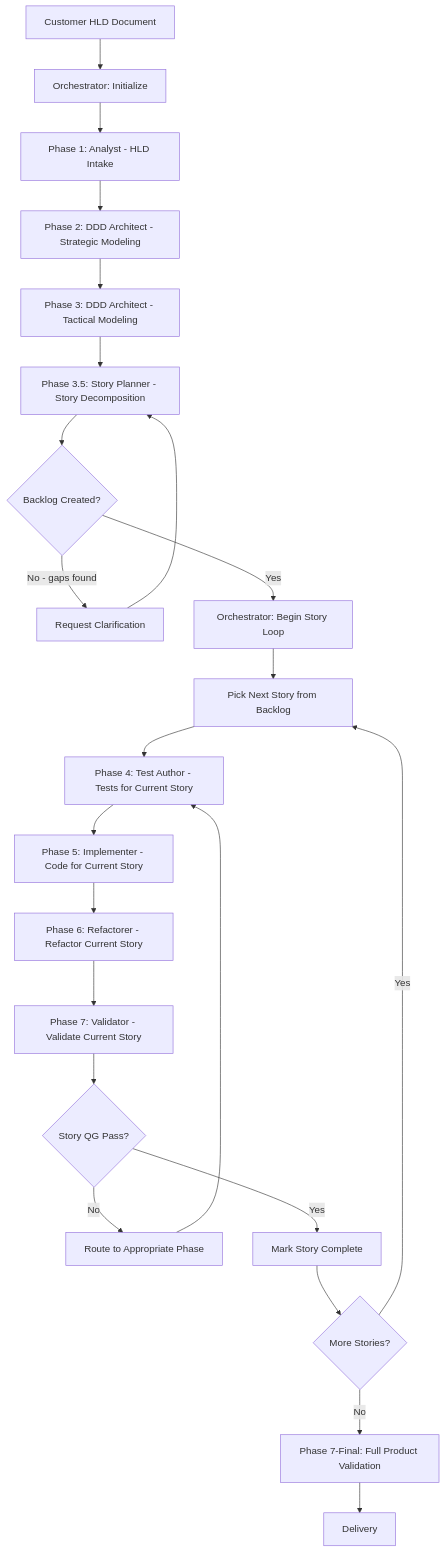
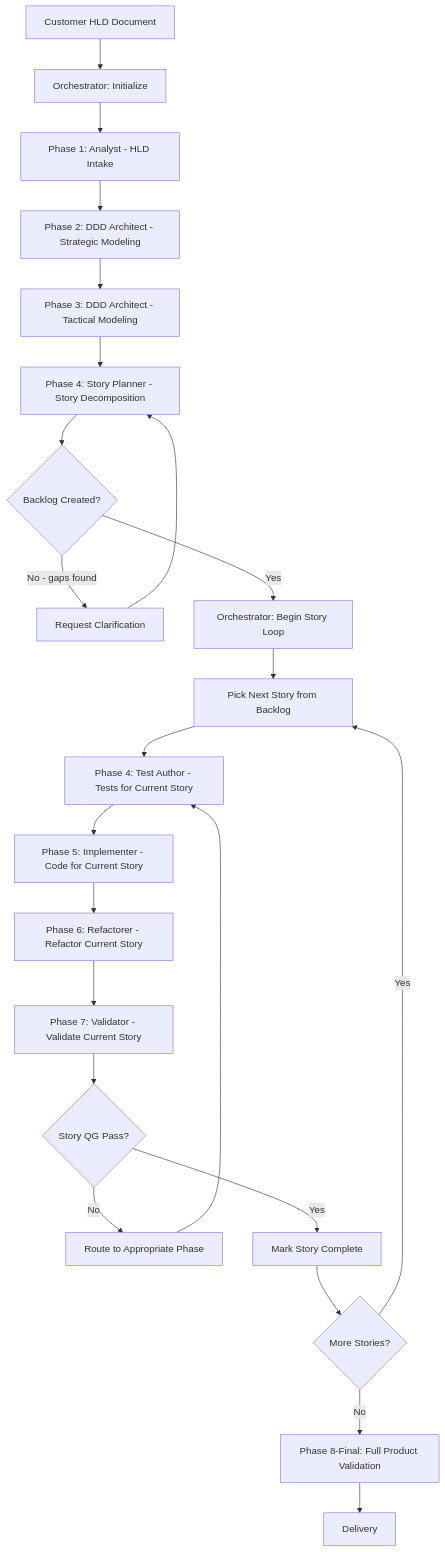
One commit to Yarovinsky/Templates changed the first of 2 diagrams in plans/story-planner-skill-plan.md. Above: the diagram before and after it, drawn with Mermaid. The commit also changed other lines of this file and 17 other files, not shown here.

First line of the commit message:
refactor: Update framework to replace Phase 3.5 with Phase 4 for story decomposition

````diff
--- a/plans/story-planner-skill-plan.md
+++ b/plans/story-planner-skill-plan.md
@@ -42,25 +42,25 @@
 ```mermaid
 flowchart TD
     A[Customer HLD Document] --> ORC[Orchestrator: Initialize]
     ORC --> P1[Phase 1: Analyst - HLD Intake]
     P1 --> P2[Phase 2: DDD Architect - Strategic Modeling]
     P2 --> P3[Phase 3: DDD Architect - Tactical Modeling]
-    P3 --> P35[Phase 3.5: Story Planner - Story Decomposition]
+    P3 --> P35[Phase 4: Story Planner - Story Decomposition]
     P35 --> BL{Backlog Created?}
     BL -->|No - gaps found| CLR[Request Clarification]
     CLR --> P35
     BL -->|Yes| LOOP[Orchestrator: Begin Story Loop]
     LOOP --> PICK[Pick Next Story from Backlog]
     PICK --> P4[Phase 4: Test Author - Tests for Current Story]
     P4 --> P5[Phase 5: Implementer - Code for Current Story]
     P5 --> P6[Phase 6: Refactorer - Refactor Current Story]
     P6 --> P7[Phase 7: Validator - Validate Current Story]
     P7 --> PASS{Story QG Pass?}
     PASS -->|No| REWORK[Route to Appropriate Phase]
     REWORK --> P4
     PASS -->|Yes| MARK[Mark Story Complete]
     MARK --> MORE{More Stories?}
     MORE -->|Yes| PICK
-    MORE -->|No| FINAL[Phase 7-Final: Full Product Validation]
+    MORE -->|No| FINAL[Phase 8-Final: Full Product Validation]
     FINAL --> DONE[Delivery]
 ```
````
